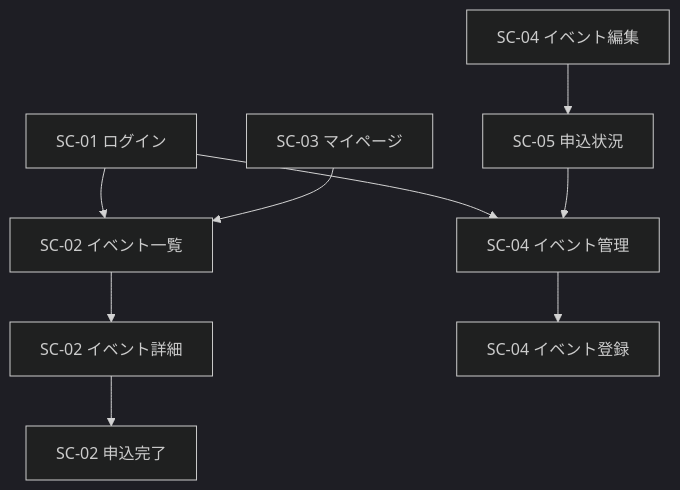
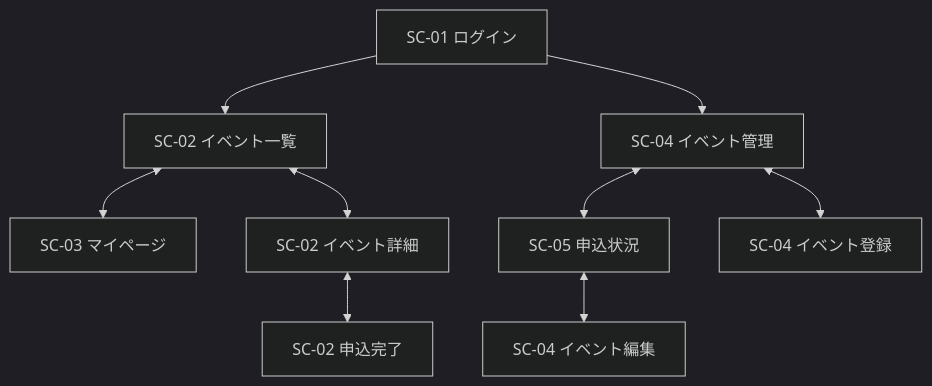
One commit to sasaki111111/event-application-system changed the diagram in docs/design/画面遷移図_v1.0.md. Above: the diagram before and after it, drawn with Mermaid (dark theme). The commit also changed other lines of this file and 9 other files, not shown here.

First line of the commit message:
アジャイル開発フェーズの設計一式を追加（要件定義書・API設計書・テーブル定義書・画面遷移図・詳細設計書 v2.0、要件設計の見直し、新規WBS）

````diff
--- a/docs/design/画面遷移図_v1.0.md
+++ b/docs/design/画面遷移図_v1.0.md
@@ -32,21 +30,21 @@
 ```mermaid
 flowchart TD
   Login["SC-01 ログイン"]
   EvList["SC-02 イベント一覧"]
-  EvDetail["SC-02 イベント詳細"]
-  Done["SC-02 申込完了"]
   My["SC-03 マイページ"]
   AdmList["SC-04 イベント管理"]
+  Report["SC-05 申込状況"]
+  EvDetail["SC-02 イベント詳細"]
   AdmNew["SC-04 イベント登録"]
   AdmEdit["SC-04 イベント編集"]
-  Report["SC-05 申込状況"]
+  Done["SC-02 申込完了"]
 
   Login --> EvList
-  EvList --> EvDetail
-  EvDetail --> Done
-  My --> EvList
   Login --> AdmList
-  Report --> AdmList
-  AdmList --> AdmNew
-  AdmEdit --> Report
+  EvList <--> My
+  AdmList <--> Report
+  EvList <--> EvDetail
+  AdmList <--> AdmNew
+  Report <--> AdmEdit
+  EvDetail <--> Done
 ```
````
